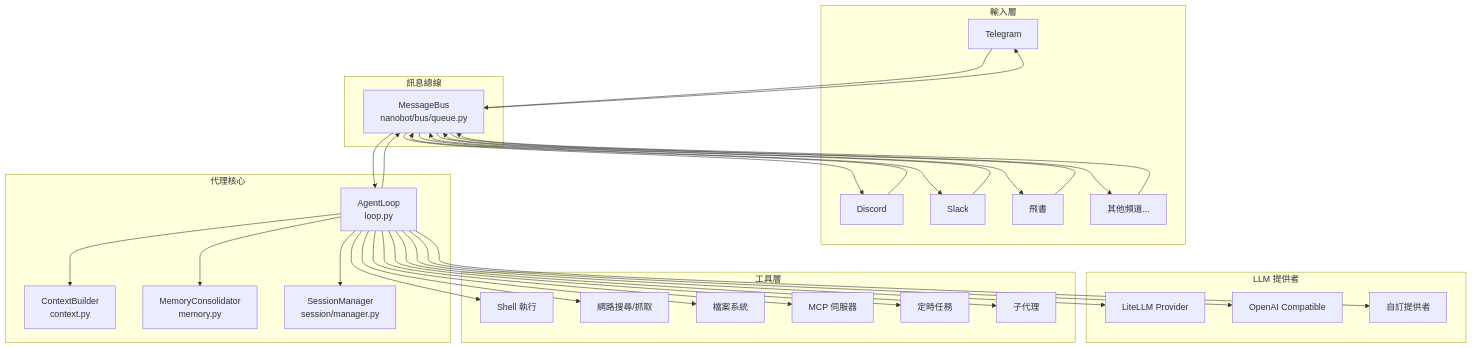
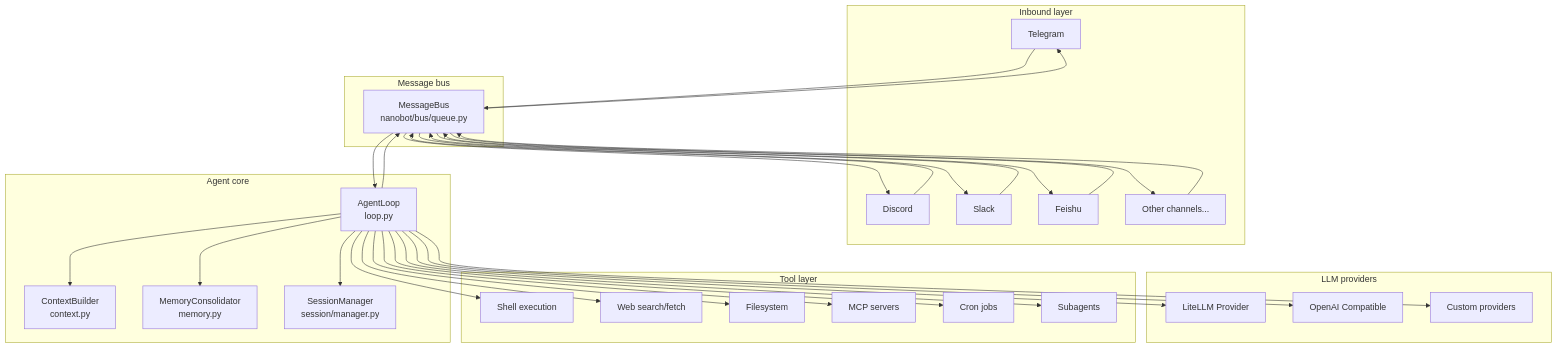
Before and after one commit to HKUDS/nanobot: the first of 3 diagrams in docs/development/architecture.md, drawn with Mermaid. The commit also changed other lines of this file and 160 other files, not shown here.

````diff
--- a/docs/development/architecture.md
+++ b/docs/development/architecture.md
@@ -14,46 +14,46 @@
 ```mermaid
 flowchart TD
-    subgraph 輸入層
+    subgraph Inbound layer
         TG[Telegram]
         DC[Discord]
         SL[Slack]
-        FL[飛書]
-        OT[其他頻道...]
+        FL[Feishu]
+        OT[Other channels...]
     end
 
-    subgraph 訊息總線
+    subgraph Message bus
         BUS[MessageBus\nnanobot/bus/queue.py]
     end
 
-    subgraph 代理核心
+    subgraph Agent core
         LOOP[AgentLoop\nloop.py]
         CTX[ContextBuilder\ncontext.py]
         MEM[MemoryConsolidator\nmemory.py]
         SESS[SessionManager\nsession/manager.py]
     end
 
-    subgraph LLM 提供者
+    subgraph LLM providers
         LITELLM[LiteLLM Provider]
         OPENAI[OpenAI Compatible]
-        CUSTOM[自訂提供者]
+        CUSTOM[Custom providers]
     end
 
-    subgraph 工具層
-        SHELL[Shell 執行]
-        WEB[網路搜尋/抓取]
-        FS[檔案系統]
-        MCP[MCP 伺服器]
-        CRON[定時任務]
-        SPAWN[子代理]
+    subgraph Tool layer
+        SHELL[Shell execution]
+        WEB[Web search/fetch]
+        FS[Filesystem]
+        MCP[MCP servers]
+        CRON[Cron jobs]
+        SPAWN[Subagents]
     end
 
     TG & DC & SL & FL & OT --> BUS
     BUS --> LOOP
     LOOP --> CTX
     LOOP --> MEM
     LOOP --> SESS
     LOOP --> LITELLM & OPENAI & CUSTOM
     LOOP --> SHELL & WEB & FS & MCP & CRON & SPAWN
     LOOP --> BUS
     BUS --> TG & DC & SL & FL & OT
 ```
````
